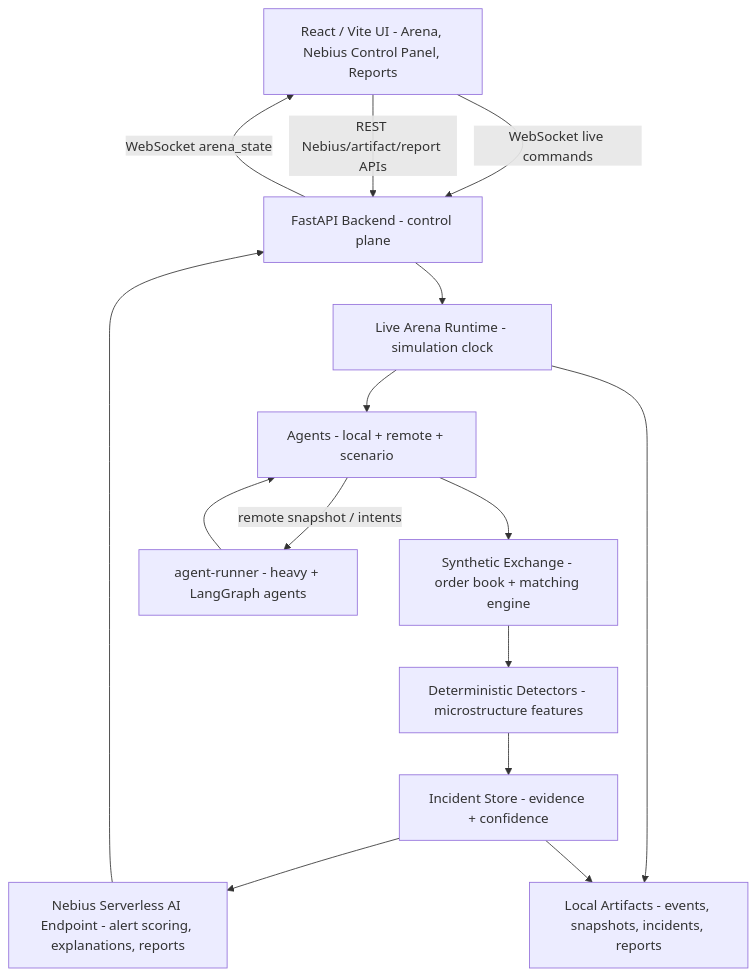
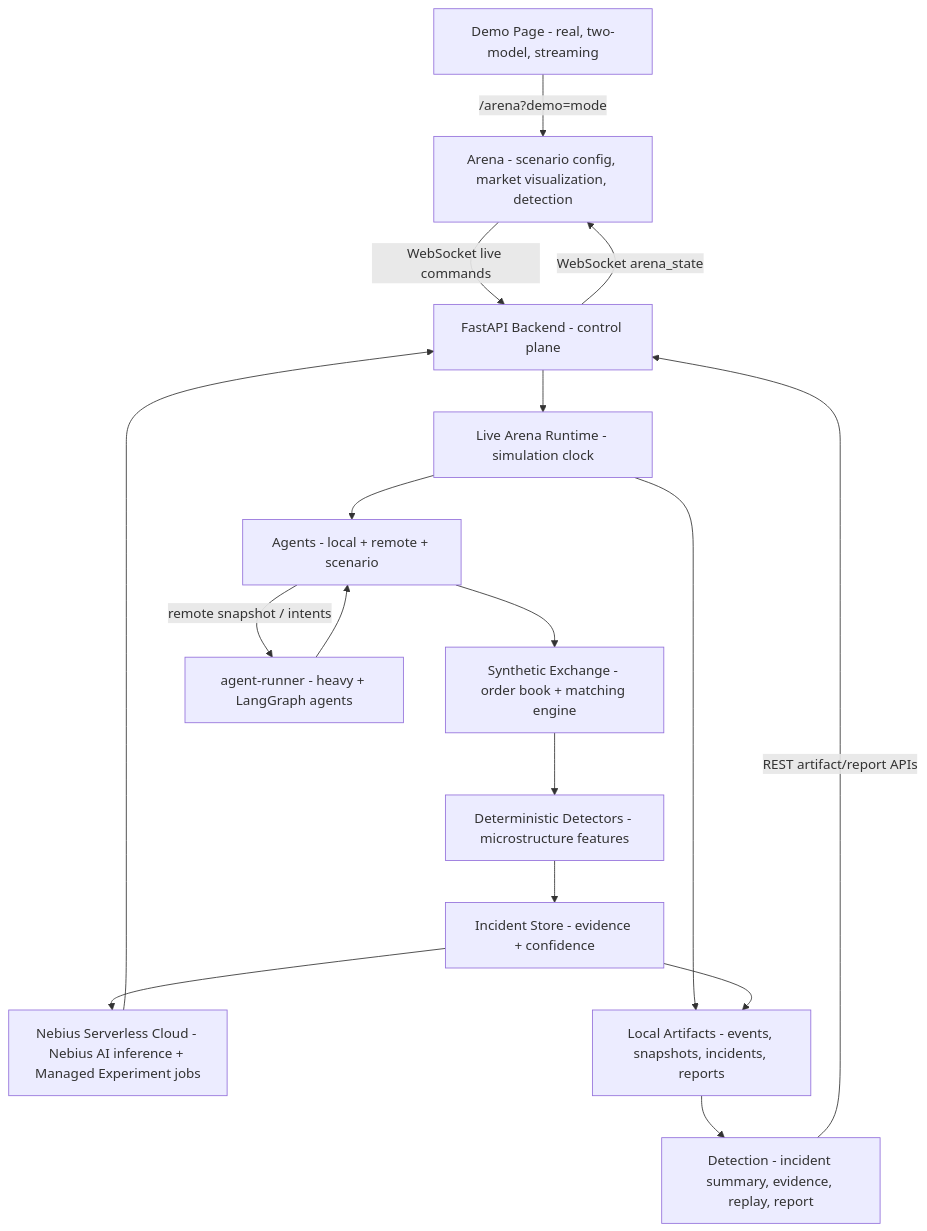
The second of 8 diagrams in docs/architecture/ARD-0001-overall-architecture.md (khab40/aimada), drawn with Mermaid before and after one commit. The commit also changed other lines of this file and 35 other files, not shown here.

Commit message:
feat(demo): add product demo flow

````diff
--- a/docs/architecture/ARD-0001-overall-architecture.md
+++ b/docs/architecture/ARD-0001-overall-architecture.md
@@ -59,28 +62,32 @@
 ```mermaid
 graph TD
-    UI["React / Vite UI - Arena, Nebius Control Panel, Reports"]
+    Demo["Demo Page - real, two-model, streaming"]
+    Arena["Arena - scenario config, market visualization, detection"]
+    Detection["Detection - incident summary, evidence, replay, report"]
     Backend["FastAPI Backend - control plane"]
     Runtime["Live Arena Runtime - simulation clock"]
     Exchange["Synthetic Exchange - order book + matching engine"]
     Agents["Agents - local + remote + scenario"]
     Runner["agent-runner - heavy + LangGraph agents"]
     Detectors["Deterministic Detectors - microstructure features"]
     Incidents["Incident Store - evidence + confidence"]
-    Endpoint["Nebius Serverless AI Endpoint - alert scoring, explanations, reports"]
+    Endpoint["Nebius Serverless Cloud - Nebius AI inference + Managed Experiment jobs"]
     Store["Local Artifacts - events, snapshots, incidents, reports"]
 
-    UI -->|WebSocket live commands| Backend
-    Backend -->|WebSocket arena_state| UI
-    UI -->|REST Nebius/artifact/report APIs| Backend
+    Demo -->|/arena?demo=mode| Arena
+    Arena -->|WebSocket live commands| Backend
+    Backend -->|WebSocket arena_state| Arena
+    Detection -->|REST artifact/report APIs| Backend
     Backend --> Runtime
     Runtime --> Agents
     Agents -->|remote snapshot / intents| Runner
     Runner --> Agents
     Agents --> Exchange
     Exchange --> Detectors
     Detectors --> Incidents
     Incidents --> Endpoint
     Endpoint --> Backend
     Runtime --> Store
     Incidents --> Store
+    Store --> Detection
 ```
````
